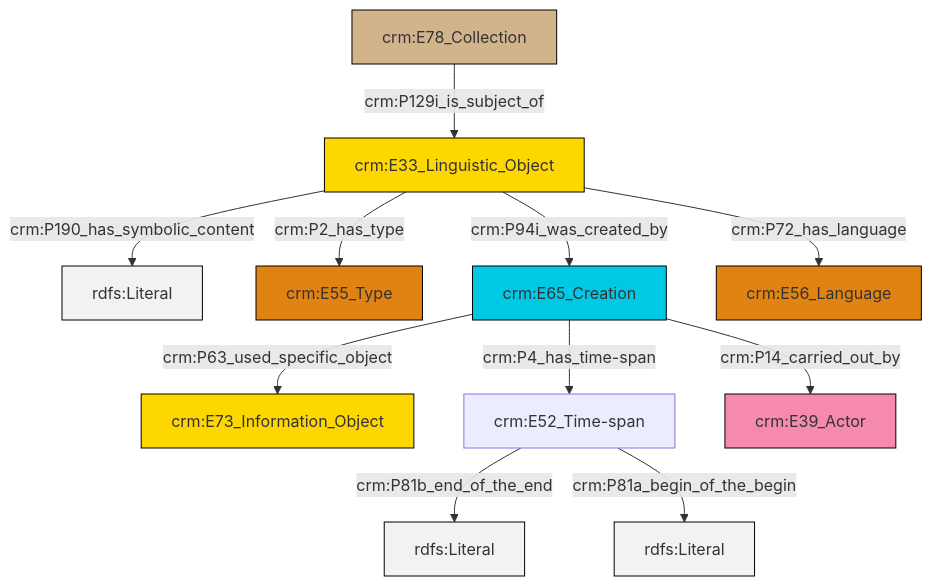
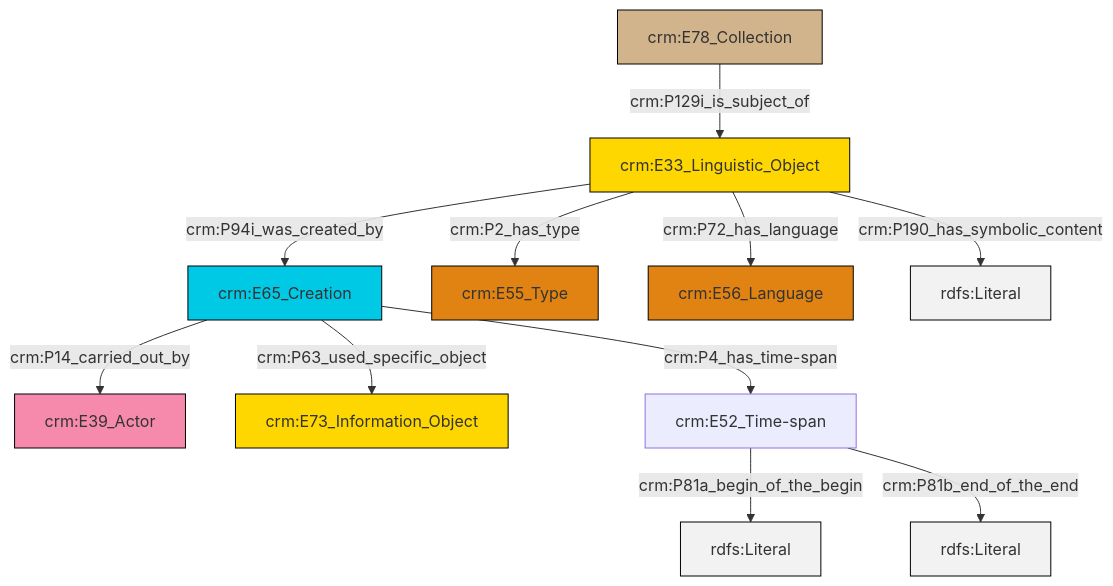
One commit to swiss-art-research-net/docs.swissartresearch changed the diagram in et/archivalCSV/ttl/mmd/archival_desc.ttl.mmd. Above: the diagram before and after it, drawn with Mermaid. The commit also changed 179 other files, not shown here.

```diff
--- a/et/archivalCSV/ttl/mmd/archival_desc.ttl.mmd
+++ b/et/archivalCSV/ttl/mmd/archival_desc.ttl.mmd
@@ -1,25 +1,25 @@
 graph TD
 classDef Literal fill:#f2f2f2,stroke:#000000;
 classDef CRM_Entity fill:#FFFFFF,stroke:#000000;
 classDef Temporal_Entity fill:#00C9E6, stroke:#000000;
 classDef Type fill:#E18312, stroke:#000000;
 classDef Time-Span fill:#2C9C91, stroke:#000000;
 classDef Appellation fill:#FFEB7F, stroke:#000000;
 classDef Place fill:#008836, stroke:#000000;
 classDef Persistent_Item fill:#B266B2, stroke:#000000;
 classDef Conceptual_Object fill:#FFD700, stroke:#000000;
 classDef Physical_Thing fill:#D2B48C, stroke:#000000;
 classDef Actor fill:#f58aad, stroke:#000000;
 classDef PC_Classes fill:#4ce600, stroke:#000000;
 classDef Multi fill:#cccccc,stroke:#000000;
 
-0["crm:E33_Linguistic_Object"]:::Conceptual_Object -->|crm:P190_has_symbolic_content| 1[rdfs:Literal]:::Literal
-5["crm:E65_Creation"]:::Temporal_Entity -->|crm:P63_used_specific_object| 6["crm:E73_Information_Object"]:::Conceptual_Object
-0["crm:E33_Linguistic_Object"]:::Conceptual_Object -->|crm:P94i_was_created_by| 5["crm:E65_Creation"]:::Temporal_Entity
-7["crm:E52_Time-span"]:::Default -->|crm:P81b_end_of_the_end| 8[rdfs:Literal]:::Literal
-5["crm:E65_Creation"]:::Temporal_Entity -->|crm:P14_carried_out_by| 9["crm:E39_Actor"]:::Actor
-7["crm:E52_Time-span"]:::Default -->|crm:P81a_begin_of_the_begin| 12[rdfs:Literal]:::Literal
-5["crm:E65_Creation"]:::Temporal_Entity -->|crm:P4_has_time-span| 7["crm:E52_Time-span"]:::Default
-10["crm:E78_Collection"]:::Physical_Thing -->|crm:P129i_is_subject_of| 0["crm:E33_Linguistic_Object"]:::Conceptual_Object
-0["crm:E33_Linguistic_Object"]:::Conceptual_Object -->|crm:P2_has_type| 3["crm:E55_Type"]:::Type
-0["crm:E33_Linguistic_Object"]:::Conceptual_Object -->|crm:P72_has_language| 15["crm:E56_Language"]:::Type
+0["crm:E65_Creation"]:::Temporal_Entity -->|crm:P14_carried_out_by| 1["crm:E39_Actor"]:::Actor
+0["crm:E65_Creation"]:::Temporal_Entity -->|crm:P63_used_specific_object| 4["crm:E73_Information_Object"]:::Conceptual_Object
+8["crm:E52_Time-span"]:::Default -->|crm:P81a_begin_of_the_begin| 9[rdfs:Literal]:::Literal
+10["crm:E33_Linguistic_Object"]:::Conceptual_Object -->|crm:P2_has_type| 2["crm:E55_Type"]:::Type
+0["crm:E65_Creation"]:::Temporal_Entity -->|crm:P4_has_time-span| 8["crm:E52_Time-span"]:::Default
+8["crm:E52_Time-span"]:::Default -->|crm:P81b_end_of_the_end| 16[rdfs:Literal]:::Literal
+6["crm:E78_Collection"]:::Physical_Thing -->|crm:P129i_is_subject_of| 10["crm:E33_Linguistic_Object"]:::Conceptual_Object
+10["crm:E33_Linguistic_Object"]:::Conceptual_Object -->|crm:P72_has_language| 11["crm:E56_Language"]:::Type
+10["crm:E33_Linguistic_Object"]:::Conceptual_Object -->|crm:P94i_was_created_by| 0["crm:E65_Creation"]:::Temporal_Entity
+10["crm:E33_Linguistic_Object"]:::Conceptual_Object -->|crm:P190_has_symbolic_content| 18[rdfs:Literal]:::Literal
```
